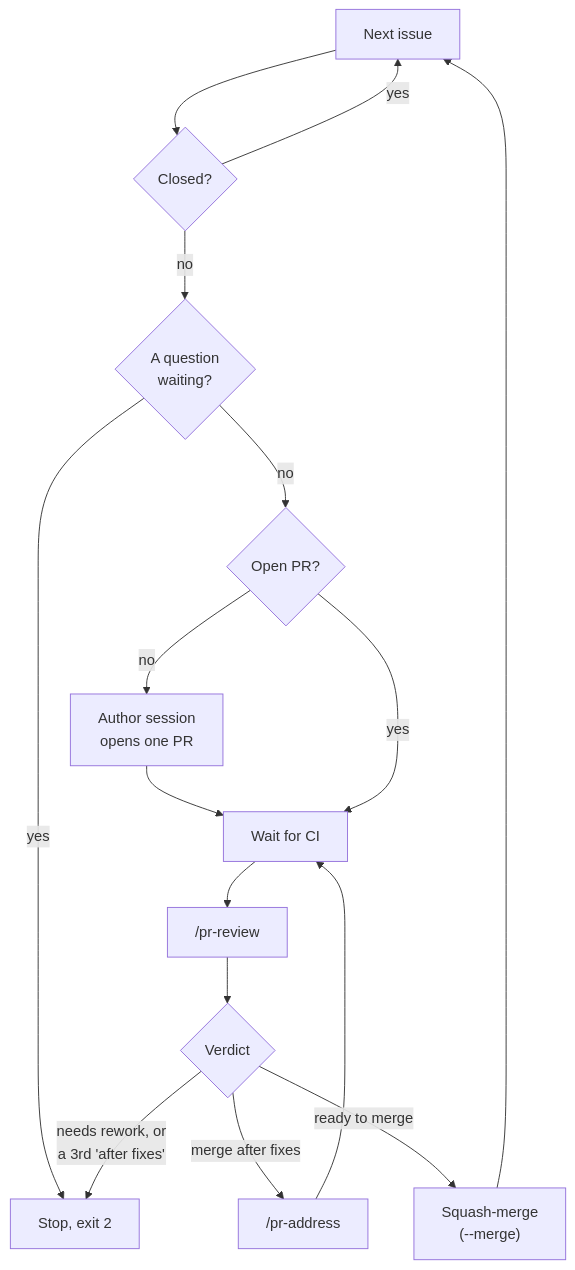
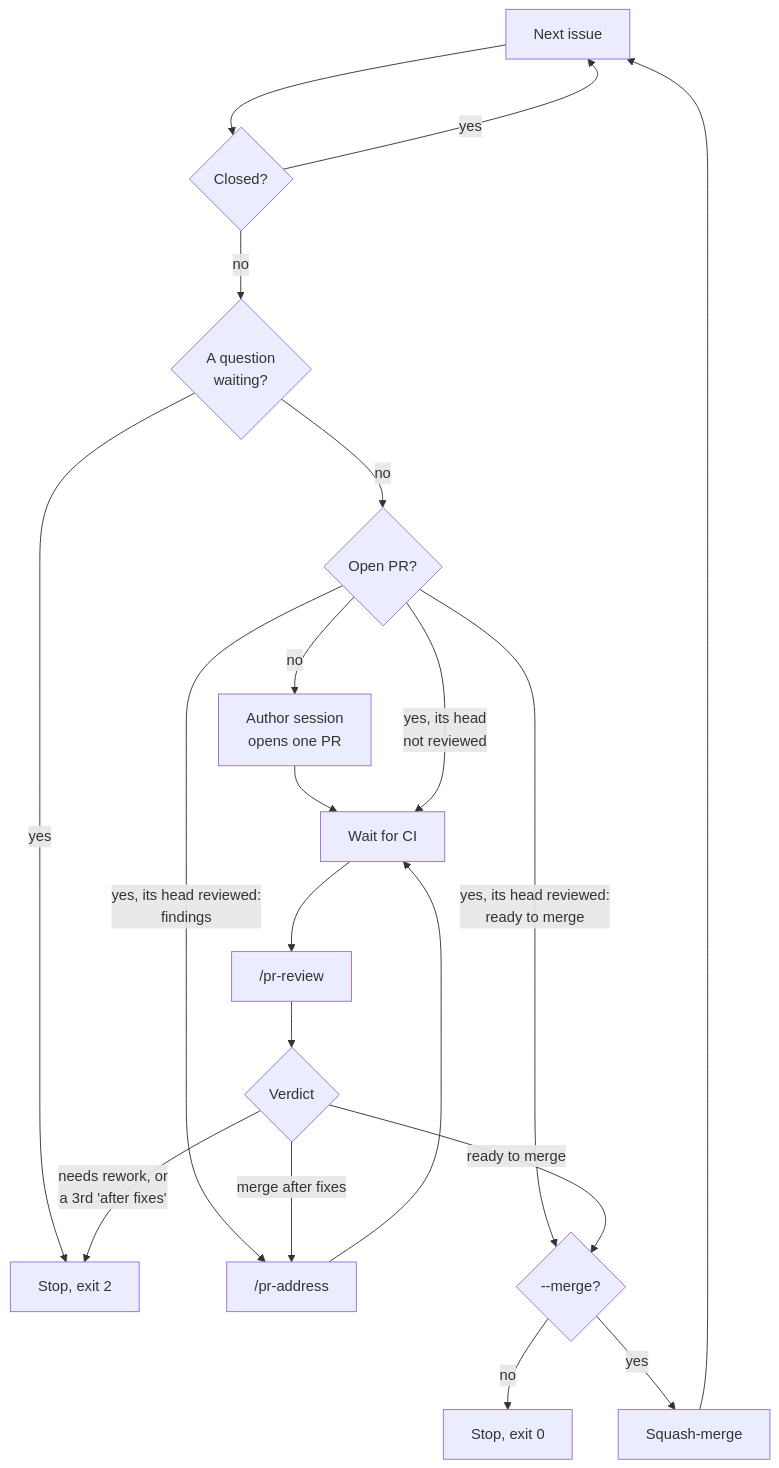
Before and after one commit to alanbickel/wind-tunnel: the diagram in AI-DLC.md, drawn with Mermaid. The commit also changed other lines of this file, not shown here.

Commit message:
docs: show every path the driver takes, and its turn cap, in AI-DLC.md

````diff
--- a/AI-DLC.md
+++ b/AI-DLC.md
@@ -29,18 +29,22 @@
 ```mermaid
 flowchart TD
   nextIssue["Next issue"] --> closed{"Closed?"}
   closed -- yes --> nextIssue
   closed -- no --> waiting{"A question<br/>waiting?"}
   waiting -- yes --> askStop["Stop, exit 2"]
   waiting -- no --> hasPr{"Open PR?"}
   hasPr -- no --> author["Author session<br/>opens one PR"]
   author --> ci["Wait for CI"]
-  hasPr -- yes --> ci
+  hasPr -- "yes, its head<br/>not reviewed" --> ci
+  hasPr -- "yes, its head reviewed:<br/>findings" --> address["/pr-address"]
+  hasPr -- "yes, its head reviewed:<br/>ready to merge" --> merge{"--merge?"}
   ci --> review["/pr-review"]
   review --> verdict{"Verdict"}
-  verdict -- "merge after fixes" --> address["/pr-address"]
+  verdict -- "merge after fixes" --> address
   address --> ci
   verdict -- "needs rework, or<br/>a 3rd 'after fixes'" --> askStop
-  verdict -- "ready to merge" --> merged["Squash-merge<br/>(--merge)"]
+  verdict -- "ready to merge" --> merge
+  merge -- no --> doneStop["Stop, exit 0"]
+  merge -- yes --> merged["Squash-merge"]
   merged --> nextIssue
 ```
````
